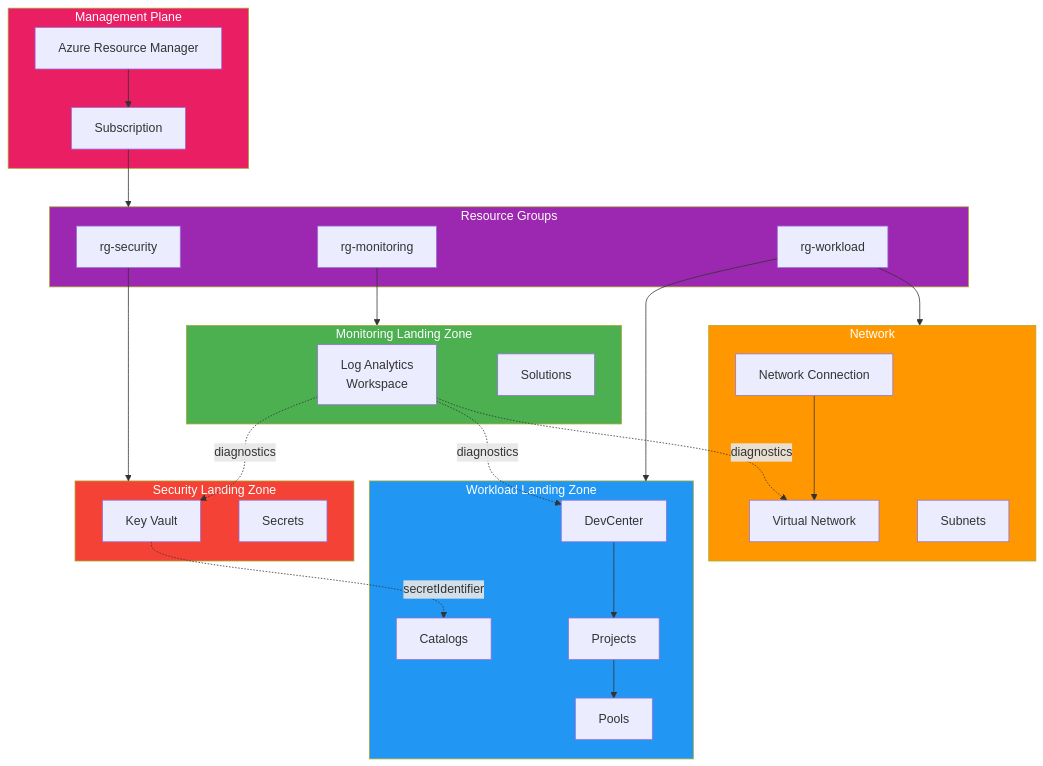
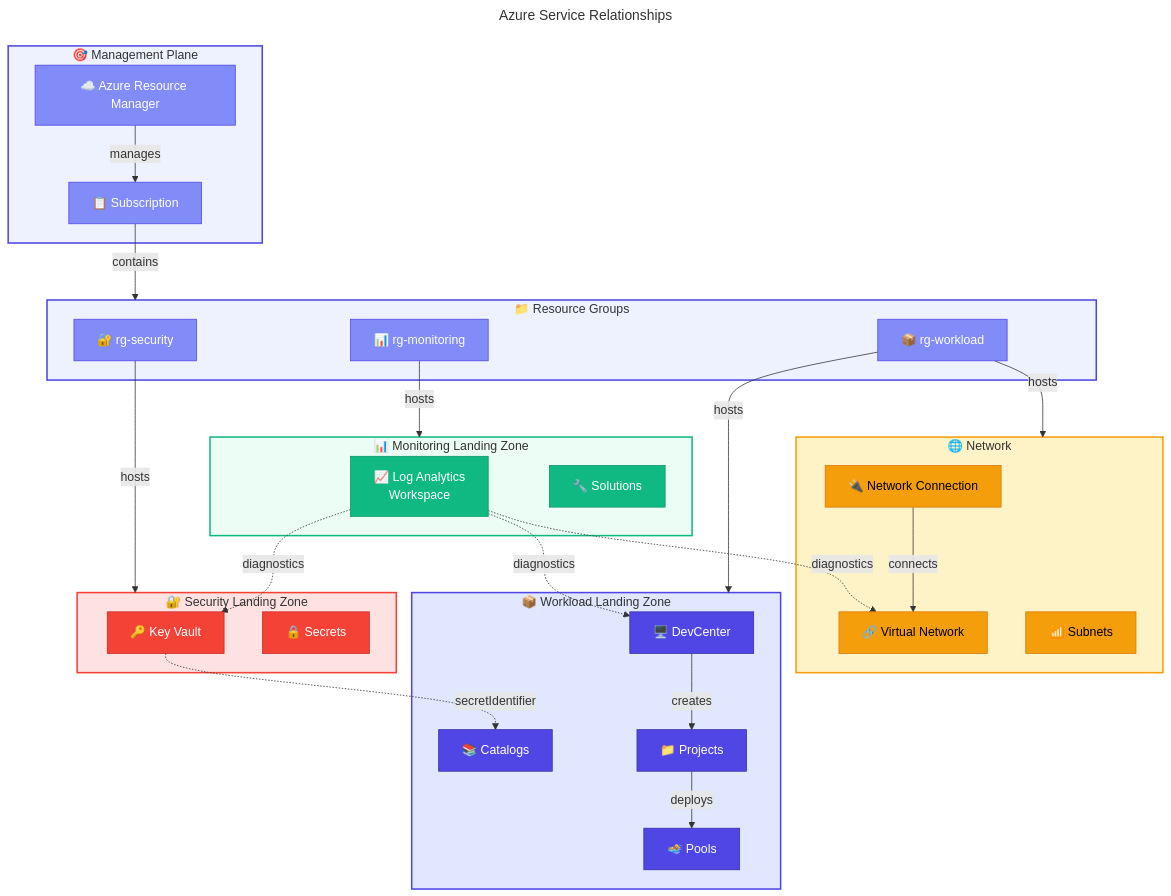
One commit to Evilazaro/DevExp-DevBox changed the second of 9 diagrams in docs/architecture/04-technology-architecture.md. Above: the diagram before and after it, drawn with Mermaid. The commit also changed other lines of this file, not shown here.

Commit message:
Enhance documentation for technology architecture by adding emojis, improving section titles, and refining diagram styles for better clarity and navigation.

````diff
--- a/docs/architecture/04-technology-architecture.md
+++ b/docs/architecture/04-technology-architecture.md
@@ -148,60 +167,84 @@
 ```mermaid
+---
+title: Azure Service Relationships
+---
 flowchart TB
-    subgraph Management["Management Plane"]
-        ARM["Azure Resource Manager"]
-        SUB["Subscription"]
+    %% ===== MANAGEMENT PLANE =====
+    subgraph Management["🎯 Management Plane"]
+        ARM["☁️ Azure Resource Manager"]
+        SUB["📋 Subscription"]
     end
     
-    subgraph ResourceGroups["Resource Groups"]
-        RG_SEC["rg-security"]
-        RG_MON["rg-monitoring"]
-        RG_WL["rg-workload"]
+    %% ===== RESOURCE GROUPS =====
+    subgraph ResourceGroups["📁 Resource Groups"]
+        RG_SEC["🔐 rg-security"]
+        RG_MON["📊 rg-monitoring"]
+        RG_WL["📦 rg-workload"]
     end
     
-    subgraph SecurityZone["Security Landing Zone"]
-        KV["Key Vault"]
-        SEC["Secrets"]
+    %% ===== SECURITY ZONE =====
+    subgraph SecurityZone["🔐 Security Landing Zone"]
+        KV["🔑 Key Vault"]
+        SEC["🔒 Secrets"]
     end
     
-    subgraph MonitoringZone["Monitoring Landing Zone"]
-        LA["Log Analytics\nWorkspace"]
-        SOL["Solutions"]
+    %% ===== MONITORING ZONE =====
+    subgraph MonitoringZone["📊 Monitoring Landing Zone"]
+        LA["📈 Log Analytics<br/>Workspace"]
+        SOL["🔧 Solutions"]
     end
     
-    subgraph WorkloadZone["Workload Landing Zone"]
-        DC["DevCenter"]
-        PROJ["Projects"]
-        POOL["Pools"]
-        CAT["Catalogs"]
+    %% ===== WORKLOAD ZONE =====
+    subgraph WorkloadZone["📦 Workload Landing Zone"]
+        DC["🖥️ DevCenter"]
+        PROJ["📁 Projects"]
+        POOL["🏊 Pools"]
+        CAT["📚 Catalogs"]
     end
     
-    subgraph NetworkZone["Network"]
-        VNET["Virtual Network"]
-        SUBNET["Subnets"]
-        NC["Network Connection"]
+    %% ===== NETWORK ZONE =====
+    subgraph NetworkZone["🌐 Network"]
+        VNET["🔗 Virtual Network"]
+        SUBNET["📶 Subnets"]
+        NC["🔌 Network Connection"]
     end
     
-    ARM --> SUB
-    SUB --> ResourceGroups
+    %% ===== CONNECTIONS =====
+    ARM -->|manages| SUB
+    SUB -->|contains| ResourceGroups
     
-    RG_SEC --> SecurityZone
-    RG_MON --> MonitoringZone
-    RG_WL --> WorkloadZone
-    RG_WL --> NetworkZone
+    RG_SEC -->|hosts| SecurityZone
+    RG_MON -->|hosts| MonitoringZone
+    RG_WL -->|hosts| WorkloadZone
+    RG_WL -->|hosts| NetworkZone
     
     KV -.->|secretIdentifier| CAT
     LA -.->|diagnostics| KV
     LA -.->|diagnostics| DC
     LA -.->|diagnostics| VNET
     
-    NC --> VNET
-    DC --> PROJ
-    PROJ --> POOL
+    NC -->|connects| VNET
+    DC -->|creates| PROJ
+    PROJ -->|deploys| POOL
     
-    style Management fill:#E91E63,color:#fff
-    style ResourceGroups fill:#9C27B0,color:#fff
-    style SecurityZone fill:#F44336,color:#fff
-    style MonitoringZone fill:#4CAF50,color:#fff
-    style WorkloadZone fill:#2196F3,color:#fff
-    style NetworkZone fill:#FF9800,color:#fff
+    %% ===== STYLES =====
+    classDef trigger fill:#818CF8,stroke:#4F46E5,color:#FFFFFF
+    classDef failed fill:#F44336,stroke:#C62828,color:#FFFFFF
+    classDef secondary fill:#10B981,stroke:#059669,color:#FFFFFF
+    classDef primary fill:#4F46E5,stroke:#3730A3,color:#FFFFFF
+    classDef datastore fill:#F59E0B,stroke:#D97706,color:#000000
+    
+    class ARM,SUB trigger
+    class RG_SEC,RG_MON,RG_WL trigger
+    class KV,SEC failed
+    class LA,SOL secondary
+    class DC,PROJ,POOL,CAT primary
+    class VNET,SUBNET,NC datastore
+    
+    style Management fill:#EEF2FF,stroke:#4F46E5,stroke-width:2px
+    style ResourceGroups fill:#EEF2FF,stroke:#4F46E5,stroke-width:2px
+    style SecurityZone fill:#FEE2E2,stroke:#F44336,stroke-width:2px
+    style MonitoringZone fill:#ECFDF5,stroke:#10B981,stroke-width:2px
+    style WorkloadZone fill:#E0E7FF,stroke:#4F46E5,stroke-width:2px
+    style NetworkZone fill:#FEF3C7,stroke:#F59E0B,stroke-width:2px
 ```
````
